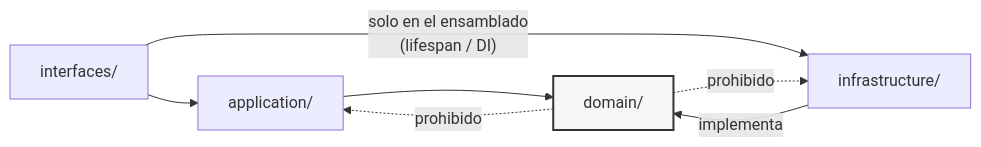
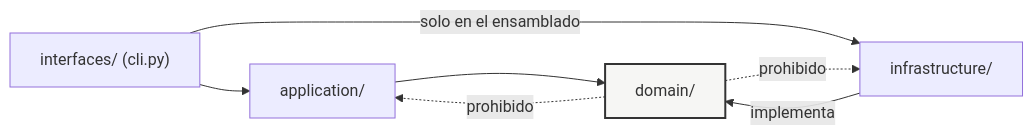
The third of 5 diagrams in docs/arquitectura_solucion.md (AlexisBerrio/personal_assistant_agent), drawn with Mermaid before and after one commit. The commit also changed other lines of this file and 1 other file, not shown here.

````diff
--- a/docs/arquitectura_solucion.md
+++ b/docs/arquitectura_solucion.md
@@ -238,10 +278,10 @@
 ```mermaid
 graph LR
-    I["interfaces/"] --> A["application/"]
+    I["interfaces/ (cli.py)"] --> A["application/"]
     A --> D["domain/"]
     INF["infrastructure/"] -->|implementa| D
-    I -->|"solo en el ensamblado<br/>(lifespan / DI)"| INF
+    I -->|"solo en el ensamblado"| INF
     D -.->|"prohibido"| INF
     D -.->|"prohibido"| A
     style D fill:#f6f6f4,stroke:#333,stroke-width:2px
 ```
````
